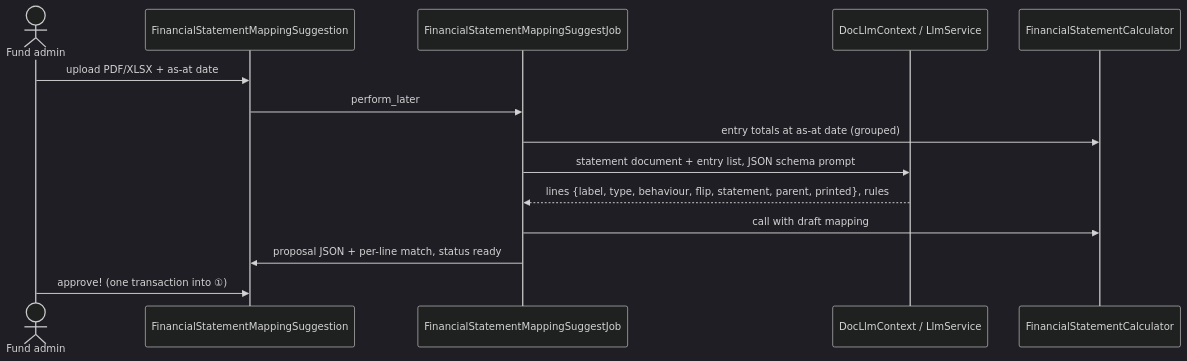
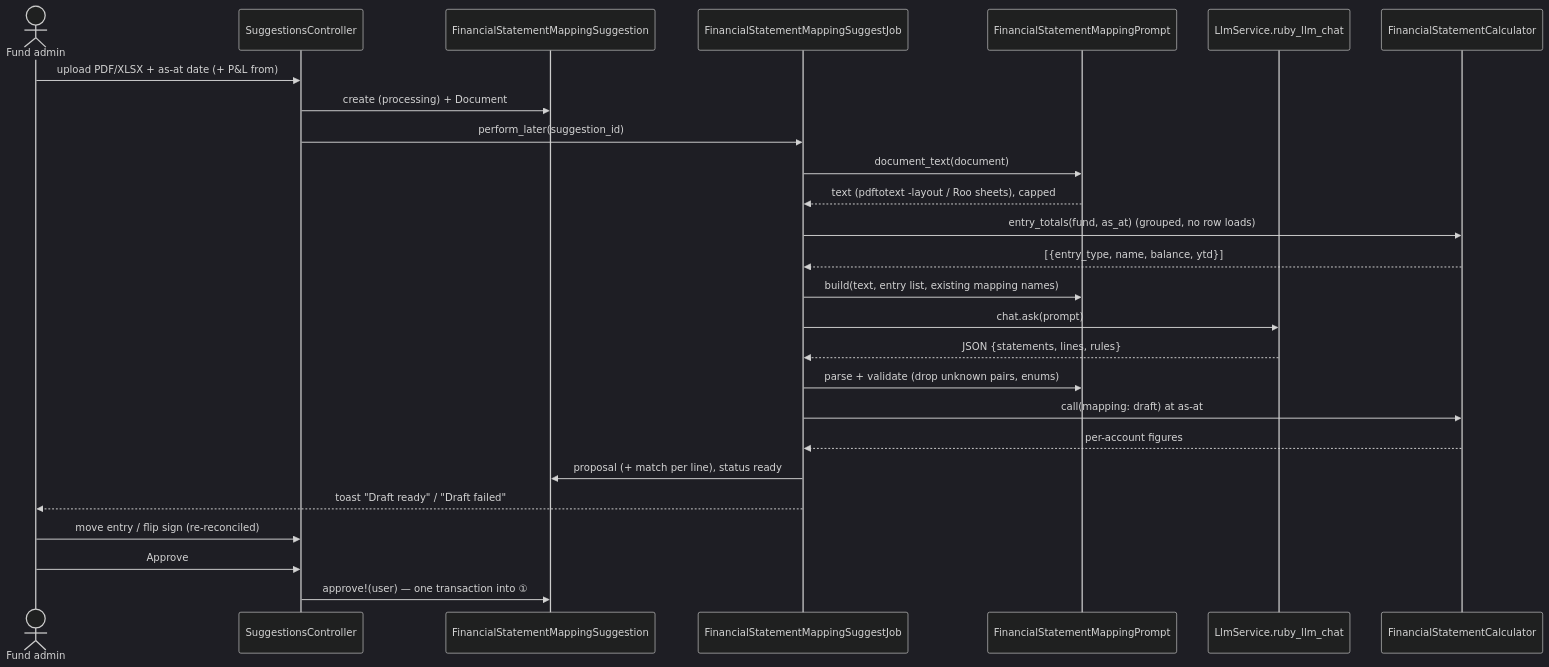
Before and after one commit to sampadadiwan/IRM_CompanyMain: the eighth of 16 diagrams in openspec/changes/fund-financial-statements/design.md, drawn with Mermaid (dark theme). The commit also changed other lines of this file and 104 other files, not shown here.

First line of the commit message:
Fund financial statements from account entries (#1798)

````diff
--- a/openspec/changes/fund-financial-statements/design.md
+++ b/openspec/changes/fund-financial-statements/design.md
@@ -417,16 +529,28 @@
 ```mermaid
 sequenceDiagram
     actor Admin as Fund admin
+    participant SC as SuggestionsController
     participant SG as FinancialStatementMappingSuggestion
     participant JOB as FinancialStatementMappingSuggestJob
-    participant LLM as DocLlmContext / LlmService
+    participant PR as FinancialStatementMappingPrompt
+    participant LLM as LlmService.ruby_llm_chat
     participant CALC as FinancialStatementCalculator
-    Admin->>SG: upload PDF/XLSX + as-at date
-    SG->>JOB: perform_later
-    JOB->>CALC: entry totals at as-at date (grouped)
-    JOB->>LLM: statement document + entry list, JSON schema prompt
-    LLM-->>JOB: lines {label, type, behaviour, flip, statement, parent, printed}, rules
-    JOB->>CALC: call with draft mapping
-    JOB->>SG: proposal JSON + per-line match, status ready
-    Admin->>SG: approve! (one transaction into ①)
+    Admin->>SC: upload PDF/XLSX + as-at date (+ P&L from)
+    SC->>SG: create (processing) + Document
+    SC->>JOB: perform_later(suggestion_id)
+    JOB->>PR: document_text(document)
+    PR-->>JOB: text (pdftotext -layout / Roo sheets), capped
+    JOB->>CALC: entry_totals(fund, as_at) (grouped, no row loads)
+    CALC-->>JOB: [{entry_type, name, balance, ytd}]
+    JOB->>PR: build(text, entry list, existing mapping names)
+    JOB->>LLM: chat.ask(prompt)
+    LLM-->>JOB: JSON {statements, lines, rules}
+    JOB->>PR: parse + validate (drop unknown pairs, enums)
+    JOB->>CALC: call(mapping: draft) at as-at
+    CALC-->>JOB: per-account figures
+    JOB->>SG: proposal (+ match per line), status ready
+    JOB-->>Admin: toast "Draft ready" / "Draft failed"
+    Admin->>SC: move entry / flip sign (re-reconciled)
+    Admin->>SC: Approve
+    SC->>SG: approve!(user) — one transaction into ①
 ```
````
